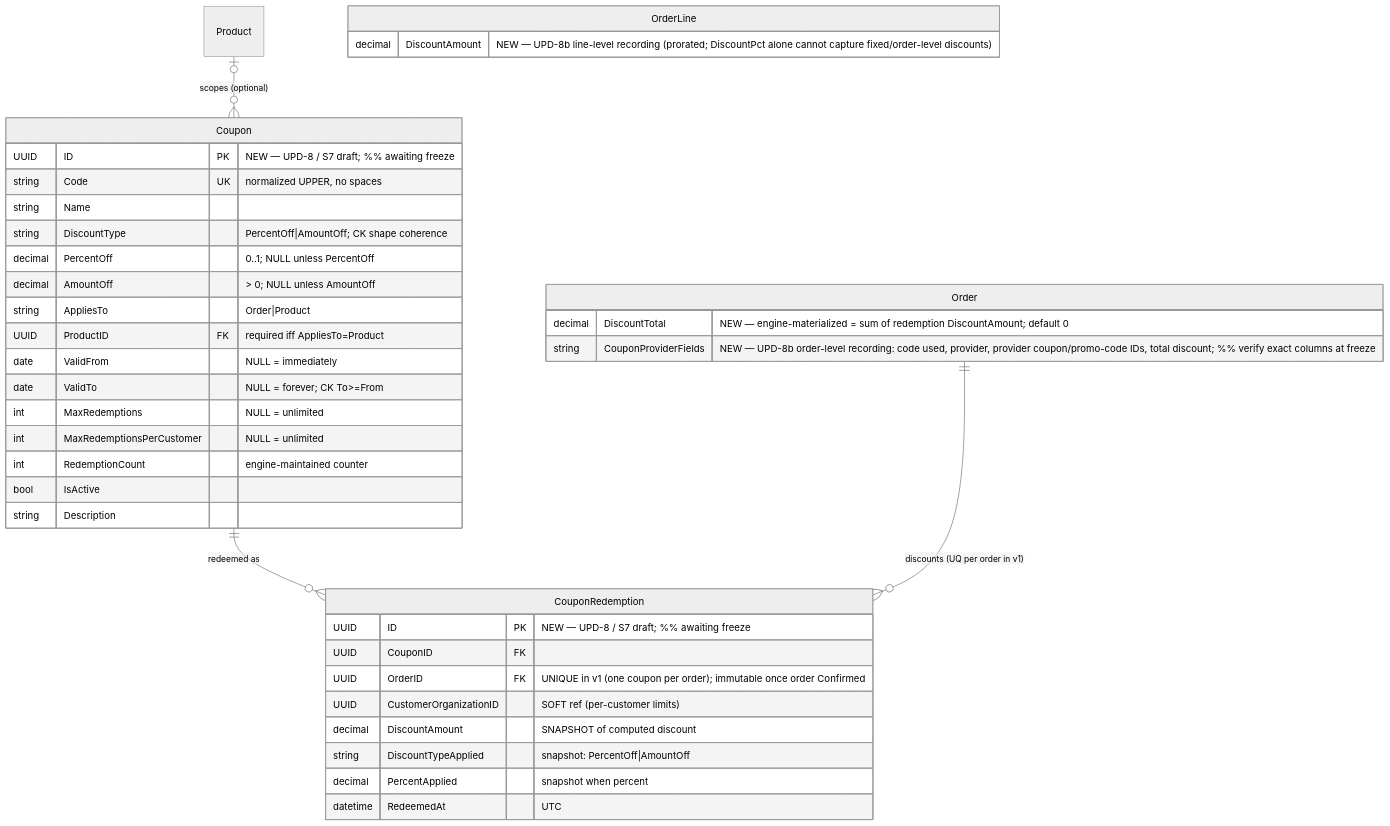
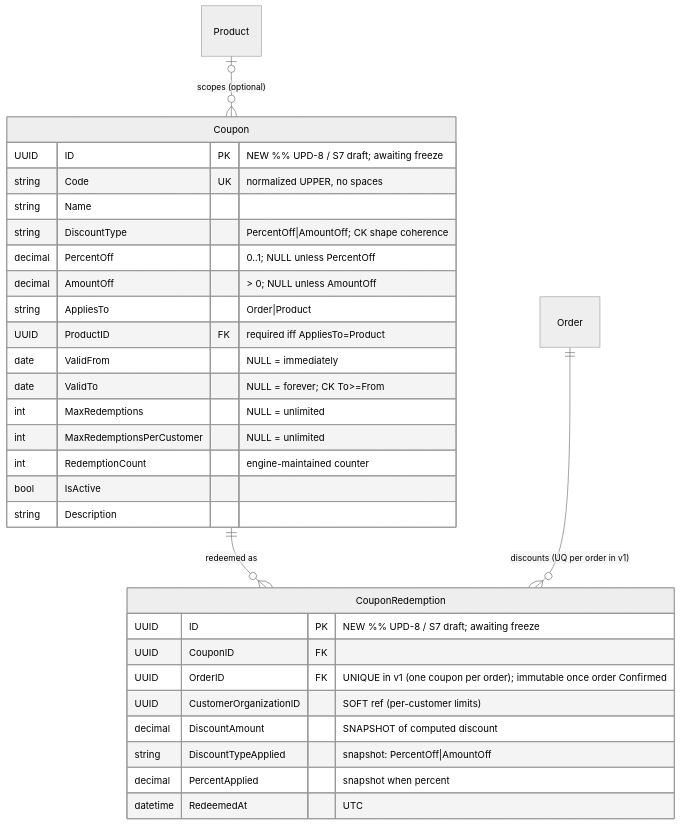
One commit to MemberJunction/bizapps-orders changed the eighth of 8 diagrams in design-docs/erd/ERD-planned.md. Above: the diagram before and after it, drawn with Mermaid (neutral theme). The commit also changed other lines of this file, not shown here.

Commit message:
docs: ERD-planned rewritten fully self-contained (38/38 entities detailed; Q24 category ruling committed); ERD-current verified 32/32

````diff
--- a/design-docs/erd/ERD-planned.md
+++ b/design-docs/erd/ERD-planned.md
@@ -279,41 +771,34 @@
 ```mermaid
 erDiagram
     Coupon ||--o{ CouponRedemption : "redeemed as"
     Order ||--o{ CouponRedemption : "discounts (UQ per order in v1)"
     Product |o--o{ Coupon : "scopes (optional)"
 
     Coupon {
-        UUID ID PK "NEW — UPD-8 / S7 draft; %% awaiting freeze"
+        UUID ID PK "NEW %% UPD-8 / S7 draft; awaiting freeze"
         string Code UK "normalized UPPER, no spaces"
         string Name
         string DiscountType "PercentOff|AmountOff; CK shape coherence"
         decimal PercentOff "0..1; NULL unless PercentOff"
         decimal AmountOff "> 0; NULL unless AmountOff"
         string AppliesTo "Order|Product"
         UUID ProductID FK "required iff AppliesTo=Product"
         date ValidFrom "NULL = immediately"
         date ValidTo "NULL = forever; CK To>=From"
         int MaxRedemptions "NULL = unlimited"
         int MaxRedemptionsPerCustomer "NULL = unlimited"
         int RedemptionCount "engine-maintained counter"
         bool IsActive
         string Description
     }
     CouponRedemption {
-        UUID ID PK "NEW — UPD-8 / S7 draft; %% awaiting freeze"
+        UUID ID PK "NEW %% UPD-8 / S7 draft; awaiting freeze"
         UUID CouponID FK
         UUID OrderID FK "UNIQUE in v1 (one coupon per order); immutable once order Confirmed"
         UUID CustomerOrganizationID "SOFT ref (per-customer limits)"
         decimal DiscountAmount "SNAPSHOT of computed discount"
         string DiscountTypeApplied "snapshot: PercentOff|AmountOff"
         decimal PercentApplied "snapshot when percent"
         datetime RedeemedAt "UTC"
     }
-    Order {
-        decimal DiscountTotal "NEW — engine-materialized = sum of redemption DiscountAmount; default 0"
-        string CouponProviderFields "NEW — UPD-8b order-level recording: code used, provider, provider coupon/promo-code IDs, total discount; %% verify exact columns at freeze"
-    }
-    OrderLine {
-        decimal DiscountAmount "NEW — UPD-8b line-level recording (prorated; DiscountPct alone cannot capture fixed/order-level discounts)"
-    }
 ```
````
